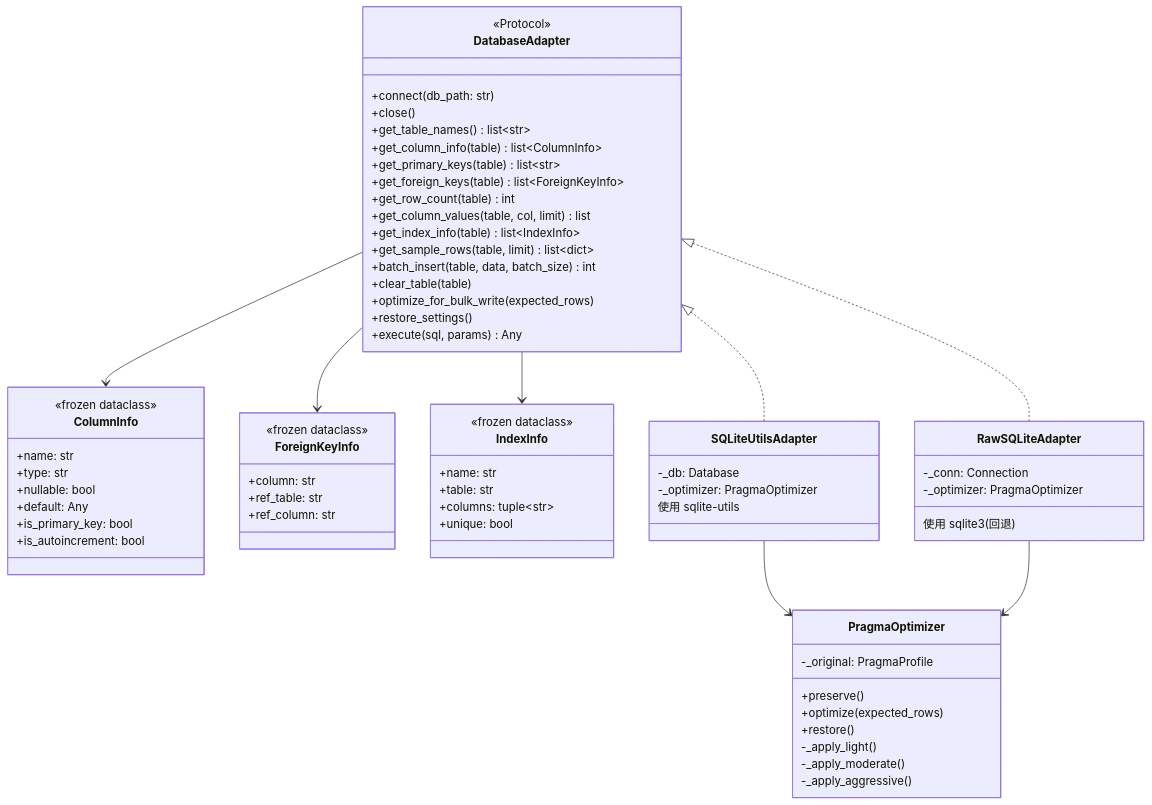
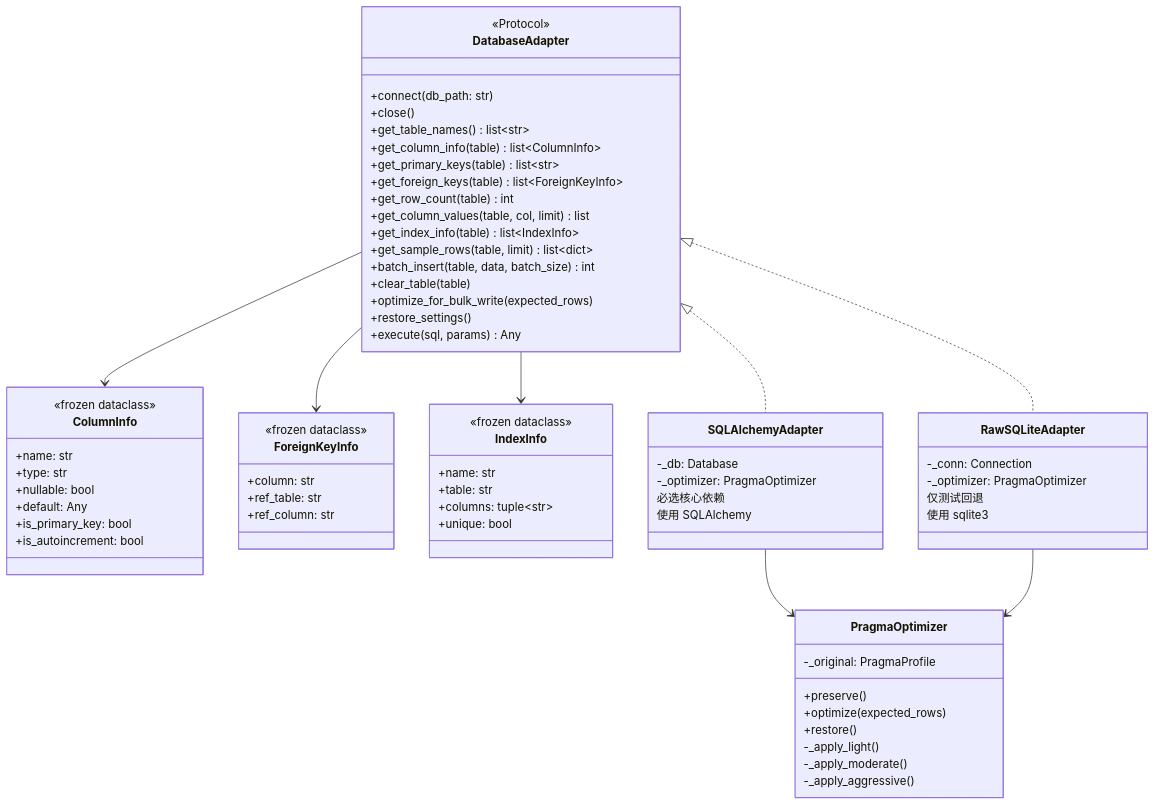
The fifth of 11 diagrams in docs/architecture.zh-CN.md (sunbos/sqlseed), drawn with Mermaid before and after one commit. The commit also changed other lines of this file and 185 other files, not shown here.

Commit message:
pre-opt: database features (SQLAlchemyAdapter, PostgreSQL), tests, docs, optimization design specs

````diff
--- a/docs/architecture.zh-CN.md
+++ b/docs/architecture.zh-CN.md
@@ -318,76 +330,78 @@
 ```mermaid
 classDiagram
     class DatabaseAdapter {
         <<Protocol>>
         +connect(db_path: str)
         +close()
         +get_table_names() list~str~
         +get_column_info(table) list~ColumnInfo~
         +get_primary_keys(table) list~str~
         +get_foreign_keys(table) list~ForeignKeyInfo~
         +get_row_count(table) int
         +get_column_values(table, col, limit) list
         +get_index_info(table) list~IndexInfo~
         +get_sample_rows(table, limit) list~dict~
         +batch_insert(table, data, batch_size) int
         +clear_table(table)
         +optimize_for_bulk_write(expected_rows)
         +restore_settings()
         +execute(sql, params) Any
     }
 
     class ColumnInfo {
         <<frozen dataclass>>
         +name: str
         +type: str
         +nullable: bool
         +default: Any
         +is_primary_key: bool
         +is_autoincrement: bool
     }
 
     class ForeignKeyInfo {
         <<frozen dataclass>>
         +column: str
         +ref_table: str
         +ref_column: str
     }
 
     class IndexInfo {
         <<frozen dataclass>>
         +name: str
         +table: str
         +columns: tuple~str~
         +unique: bool
     }
 
-    class SQLiteUtilsAdapter {
+    class SQLAlchemyAdapter {
         -_db: Database
         -_optimizer: PragmaOptimizer
-        使用 sqlite-utils
+        必选核心依赖
+        使用 SQLAlchemy
     }
 
     class RawSQLiteAdapter {
         -_conn: Connection
         -_optimizer: PragmaOptimizer
-        使用 sqlite3 (回退)
+        仅测试回退
+        使用 sqlite3
     }
 
     class PragmaOptimizer {
         -_original: PragmaProfile
         +preserve()
         +optimize(expected_rows)
         +restore()
         -_apply_light()
         -_apply_moderate()
         -_apply_aggressive()
     }
 
-    DatabaseAdapter <|.. SQLiteUtilsAdapter
+    DatabaseAdapter <|.. SQLAlchemyAdapter
     DatabaseAdapter <|.. RawSQLiteAdapter
-    SQLiteUtilsAdapter --> PragmaOptimizer
+    SQLAlchemyAdapter --> PragmaOptimizer
     RawSQLiteAdapter --> PragmaOptimizer
     DatabaseAdapter --> ColumnInfo
     DatabaseAdapter --> ForeignKeyInfo
     DatabaseAdapter --> IndexInfo
 ```
````
